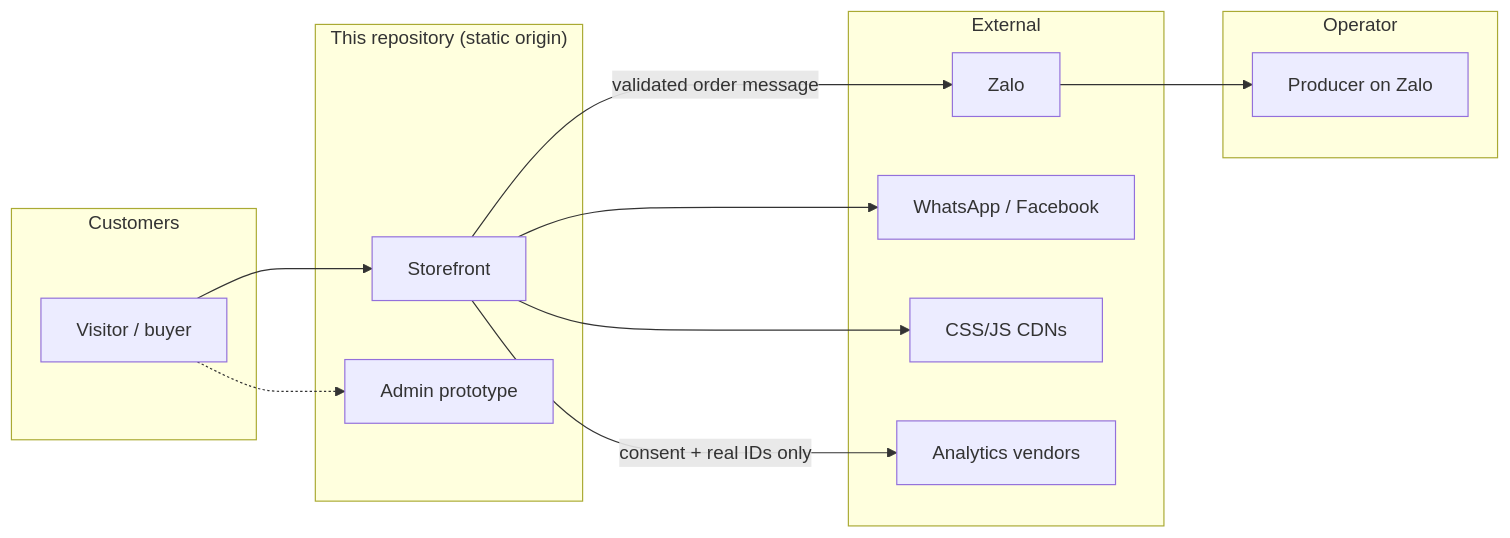
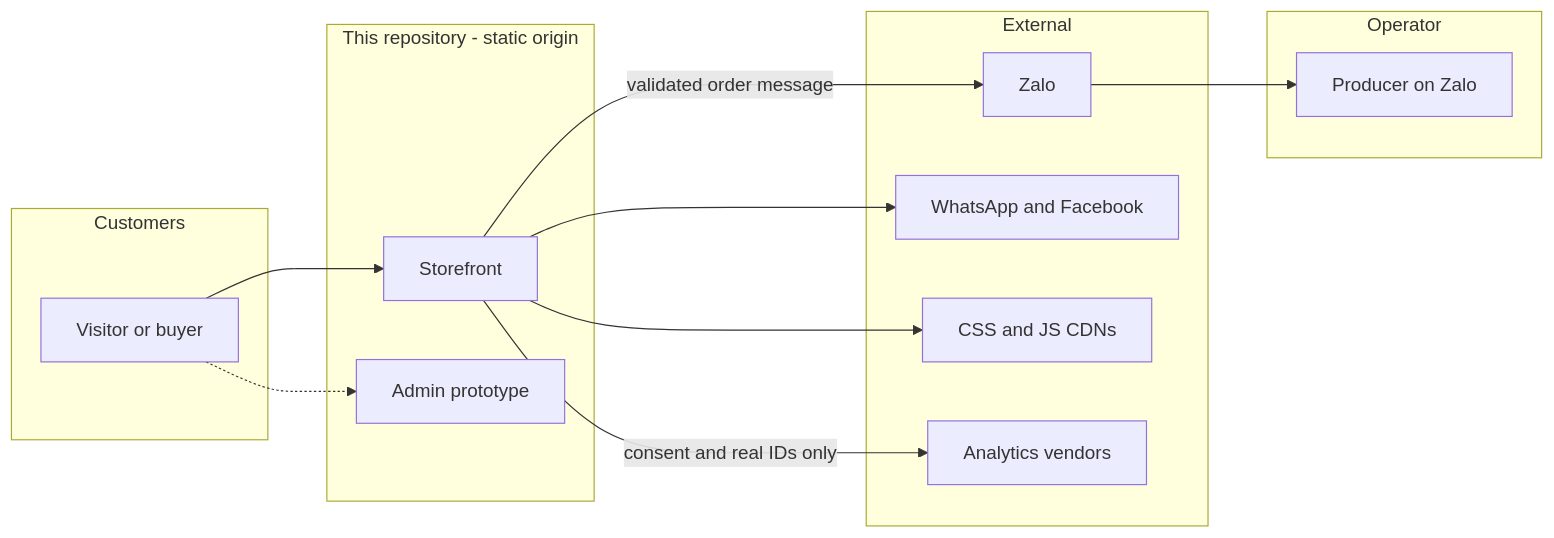
One commit to TheHien04/Deltadev-link- changed the first of 6 diagrams in README.md. Above: the diagram before and after it, drawn with Mermaid. The commit also changed other lines of this file and 10 other files, not shown here.

First line of the commit message:
Fix GitHub Mermaid parse errors and use Mekong Delta origin

````diff
--- a/README.md
+++ b/README.md
@@ -278,30 +278,30 @@
 ```mermaid
 flowchart LR
   subgraph Customers
-    C[Visitor / buyer]
+    C[Visitor or buyer]
   end
 
-  subgraph This_repository["This repository (static origin)"]
+  subgraph This_repository["This repository - static origin"]
     S[Storefront]
     A[Admin prototype]
   end
 
   subgraph External
     Z[Zalo]
-    W[WhatsApp / Facebook]
-    CDN[CSS/JS CDNs]
+    W[WhatsApp and Facebook]
+    CDN[CSS and JS CDNs]
     M[Analytics vendors]
   end
 
   subgraph Operator
     O[Producer on Zalo]
   end
 
   C --> S
   C -.-> A
   S --> CDN
-  S -->|consent + real IDs only| M
+  S -->|consent and real IDs only| M
   S -->|validated order message| Z
   S --> W
   Z --> O
 ```
````
